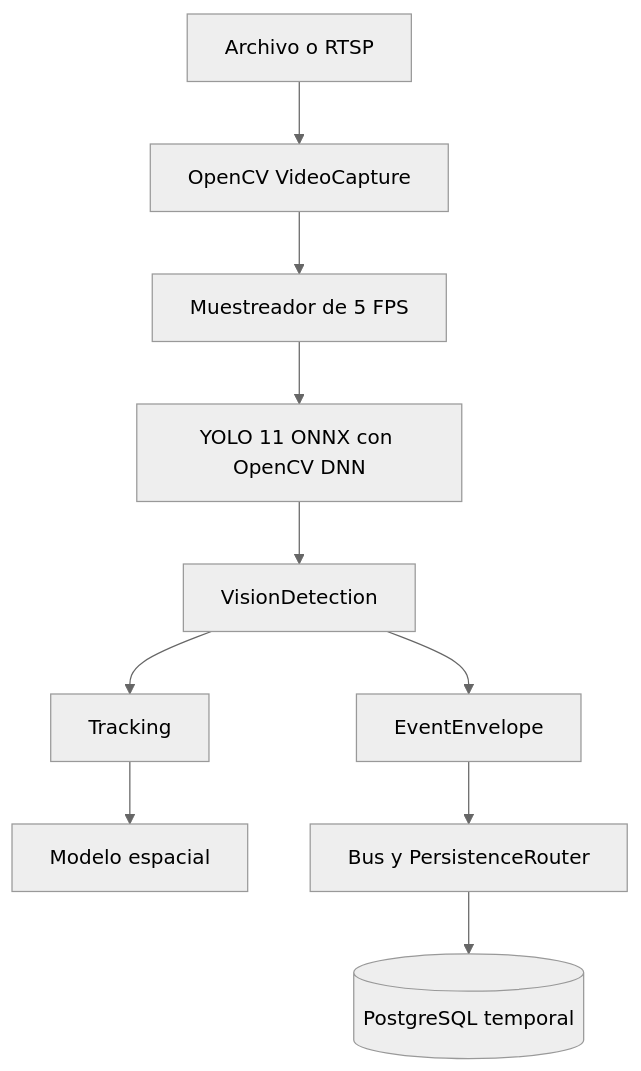
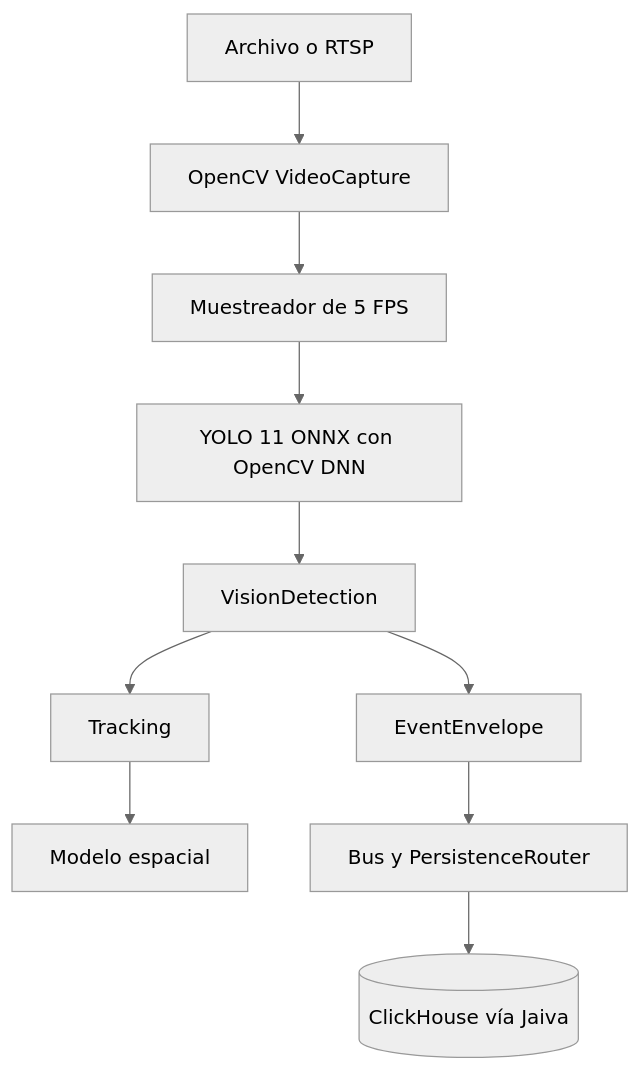
The diagram in docs/README.md (dfr2098/broder), drawn with Mermaid (neutral theme) before and after one commit. The commit also changed other lines of this file and 28 other files, not shown here.

First line of the commit message:
Replace PostgreSQL temporal store with ClickHouse via Jaiva.

````diff
--- a/docs/README.md
+++ b/docs/README.md
@@ -27,12 +27,12 @@
 ```mermaid
 flowchart TD
     SRC[Archivo o RTSP] --> CAP[OpenCV VideoCapture]
     CAP --> SAMPLE[Muestreador de 5 FPS]
     SAMPLE --> YOLO[YOLO 11 ONNX con OpenCV DNN]
     YOLO --> DET[VisionDetection]
     DET --> TRACK[Tracking]
     TRACK --> SPATIAL[Modelo espacial]
     DET --> EVENT[EventEnvelope]
     EVENT --> BUS[Bus y PersistenceRouter]
-    BUS --> PG[(PostgreSQL temporal)]
+    BUS --> CH[(ClickHouse vía Jaiva)]
 ```
````
